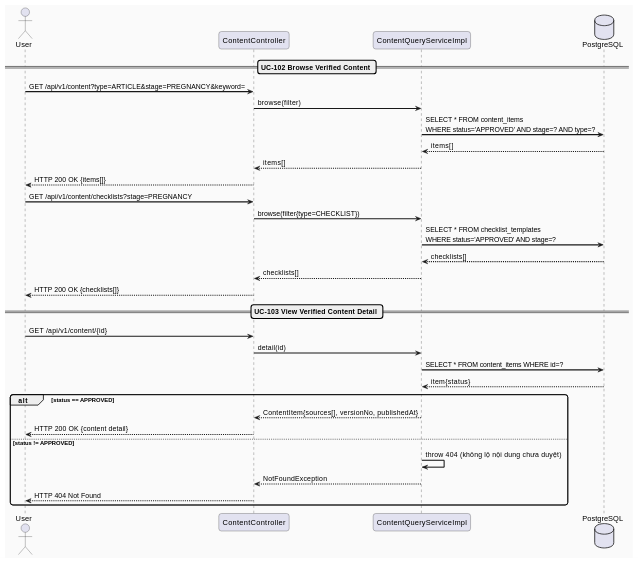
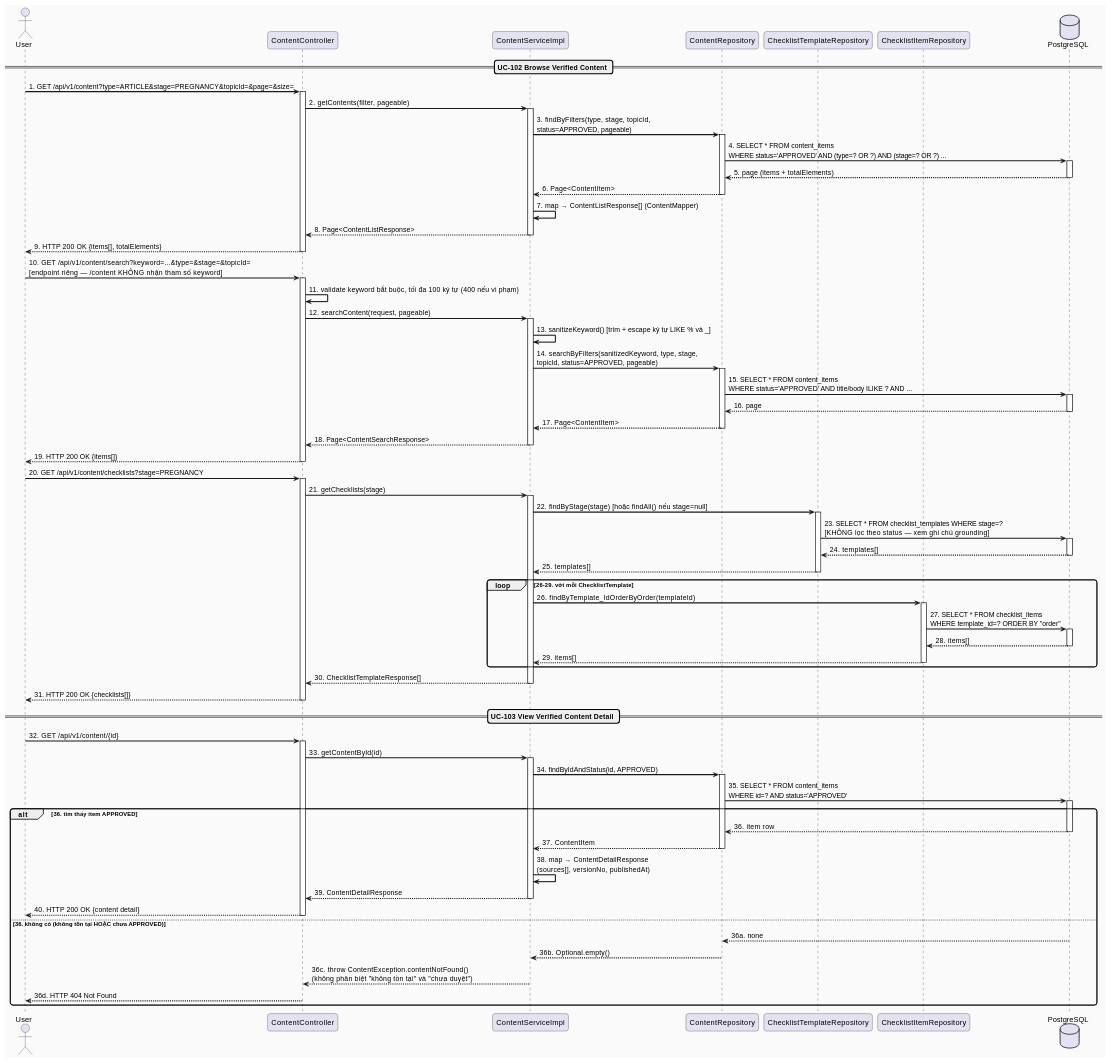
Before and after one commit to ChuongBDHE172784/CareBridge_SEP490_G79: the second of 3 diagrams in docs/Detailed_Design/MF11_Verified_Content_Checklist_Hub/01_Content_Browse_Consumption.md, drawn with PlantUML. The commit also changed other lines of this file and 29 other files, not shown here.

Commit message:
feat: add detailed sequence diagrams to documentation and standardize service-layer interaction flows across modules

```diff
--- a/docs/Detailed_Design/MF11_Verified_Content_Checklist_Hub/01_Content_Browse_Consumption.md
+++ b/docs/Detailed_Design/MF11_Verified_Content_Checklist_Hub/01_Content_Browse_Consumption.md
@@ -128,37 +128,105 @@
 
 actor "User" as U
 participant "ContentController" as Controller
-participant "ContentQueryServiceImpl" as Service
+participant "ContentServiceImpl" as Service
+participant "ContentRepository" as ContentRepo
+participant "ChecklistTemplateRepository" as ChecklistTemplateRepo
+participant "ChecklistItemRepository" as ChecklistItemRepo
 database "PostgreSQL" as DB
 
 == UC-102 Browse Verified Content ==
-U -> Controller : GET /api/v1/content?type=ARTICLE&stage=PREGNANCY&keyword=
-Controller -> Service : browse(filter)
-Service -> DB : SELECT * FROM content_items\nWHERE status='APPROVED' AND stage=? AND type=?
-DB --> Service : items[]
-Service --> Controller : items[]
-Controller --> U : HTTP 200 OK {items[]}
+U -> Controller : 1. GET /api/v1/content?type=ARTICLE&stage=PREGNANCY&topicId=&page=&size=
+activate Controller
+Controller -> Service : 2. getContents(filter, pageable)
+activate Service
+Service -> ContentRepo : 3. findByFilters(type, stage, topicId,\nstatus=APPROVED, pageable)
+activate ContentRepo
+ContentRepo -> DB : 4. SELECT * FROM content_items\nWHERE status='APPROVED' AND (type=? OR ?) AND (stage=? OR ?) ...
+activate DB
+DB --> ContentRepo : 5. page (items + totalElements)
+deactivate DB
+ContentRepo --> Service : 6. Page<ContentItem>
+deactivate ContentRepo
+Service -> Service : 7. map → ContentListResponse[] (ContentMapper)
+Service --> Controller : 8. Page<ContentListResponse>
+deactivate Service
+Controller --> U : 9. HTTP 200 OK {items[], totalElements}
+deactivate Controller
 
-U -> Controller : GET /api/v1/content/checklists?stage=PREGNANCY
-Controller -> Service : browse(filter{type=CHECKLIST})
-Service -> DB : SELECT * FROM checklist_templates\nWHERE status='APPROVED' AND stage=?
-DB --> Service : checklists[]
-Service --> Controller : checklists[]
-Controller --> U : HTTP 200 OK {checklists[]}
+U -> Controller : 10. GET /api/v1/content/search?keyword=...&type=&stage=&topicId=\n[endpoint riêng — /content KHÔNG nhận tham số keyword]
+activate Controller
+Controller -> Controller : 11. validate keyword bắt buộc, tối đa 100 ký tự (400 nếu vi phạm)
+Controller -> Service : 12. searchContent(request, pageable)
+activate Service
+Service -> Service : 13. sanitizeKeyword() [trim + escape ký tự LIKE % và _]
+Service -> ContentRepo : 14. searchByFilters(sanitizedKeyword, type, stage,\ntopicId, status=APPROVED, pageable)
+activate ContentRepo
+ContentRepo -> DB : 15. SELECT * FROM content_items\nWHERE status='APPROVED' AND title/body ILIKE ? AND ...
+activate DB
+DB --> ContentRepo : 16. page
+deactivate DB
+ContentRepo --> Service : 17. Page<ContentItem>
+deactivate ContentRepo
+Service --> Controller : 18. Page<ContentSearchResponse>
+deactivate Service
+Controller --> U : 19. HTTP 200 OK {items[]}
+deactivate Controller
+
+U -> Controller : 20. GET /api/v1/content/checklists?stage=PREGNANCY
+activate Controller
+Controller -> Service : 21. getChecklists(stage)
+activate Service
+Service -> ChecklistTemplateRepo : 22. findByStage(stage) [hoặc findAll() nếu stage=null]
+activate ChecklistTemplateRepo
+ChecklistTemplateRepo -> DB : 23. SELECT * FROM checklist_templates WHERE stage=?\n[KHÔNG lọc theo status — xem ghi chú grounding]
+activate DB
+DB --> ChecklistTemplateRepo : 24. templates[]
+deactivate DB
+ChecklistTemplateRepo --> Service : 25. templates[]
+deactivate ChecklistTemplateRepo
+loop 26-29. với mỗi ChecklistTemplate
+  Service -> ChecklistItemRepo : 26. findByTemplate_IdOrderByOrder(templateId)
+  activate ChecklistItemRepo
+  ChecklistItemRepo -> DB : 27. SELECT * FROM checklist_items\nWHERE template_id=? ORDER BY "order"
+  activate DB
+  DB --> ChecklistItemRepo : 28. items[]
+  deactivate DB
+  ChecklistItemRepo --> Service : 29. items[]
+  deactivate ChecklistItemRepo
+end
+Service --> Controller : 30. ChecklistTemplateResponse[]
+deactivate Service
+Controller --> U : 31. HTTP 200 OK {checklists[]}
+deactivate Controller
 
 == UC-103 View Verified Content Detail ==
-U -> Controller : GET /api/v1/content/{id}
-Controller -> Service : detail(id)
-Service -> DB : SELECT * FROM content_items WHERE id=?
-DB --> Service : item{status}
-
-alt status == APPROVED
-  Service --> Controller : ContentItem{sources[], versionNo, publishedAt}
-  Controller --> U : HTTP 200 OK {content detail}
-else status != APPROVED
-  Service -> Service : throw 404 (không lộ nội dung chưa duyệt)
-  Service --> Controller : NotFoundException
-  Controller --> U : HTTP 404 Not Found
+U -> Controller : 32. GET /api/v1/content/{id}
+activate Controller
+Controller -> Service : 33. getContentById(id)
+activate Service
+Service -> ContentRepo : 34. findByIdAndStatus(id, APPROVED)
+activate ContentRepo
+ContentRepo -> DB : 35. SELECT * FROM content_items\nWHERE id=? AND status='APPROVED'
+activate DB
+alt 36. tìm thấy item APPROVED
+  DB --> ContentRepo : 36. item row
+  deactivate DB
+  ContentRepo --> Service : 37. ContentItem
+  deactivate ContentRepo
+  Service -> Service : 38. map → ContentDetailResponse\n(sources[], versionNo, publishedAt)
+  Service --> Controller : 39. ContentDetailResponse
+  deactivate Service
+  Controller --> U : 40. HTTP 200 OK {content detail}
+  deactivate Controller
+else 36. không có (không tồn tại HOẶC chưa APPROVED)
+  DB --> ContentRepo : 36a. none
+  deactivate DB
+  ContentRepo --> Service : 36b. Optional.empty()
+  deactivate ContentRepo
+  Service --> Controller : 36c. throw ContentException.contentNotFound()\n(không phân biệt "không tồn tại" và "chưa duyệt")
+  deactivate Service
+  Controller --> U : 36d. HTTP 404 Not Found
+  deactivate Controller
 end
 
 @enduml
```
